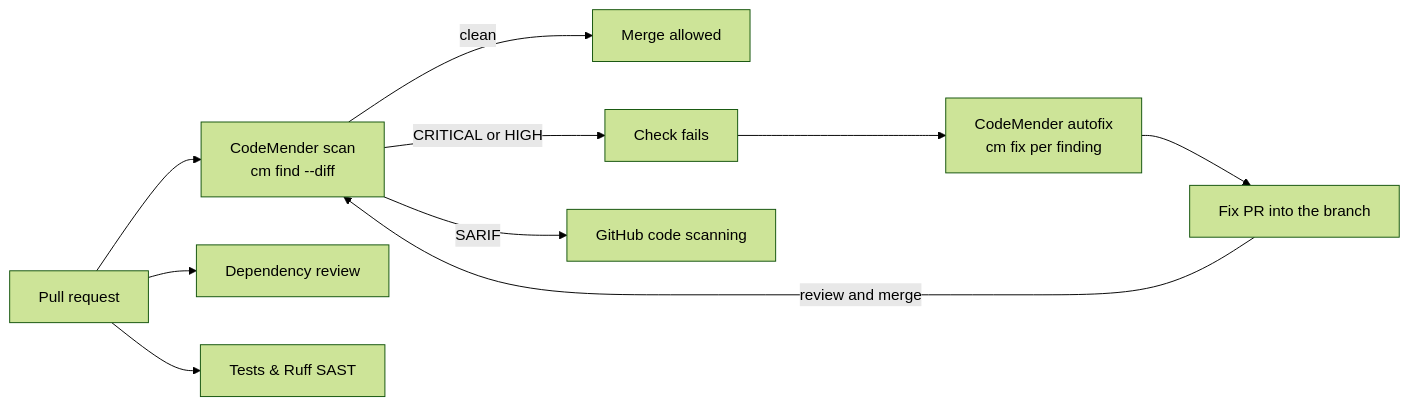
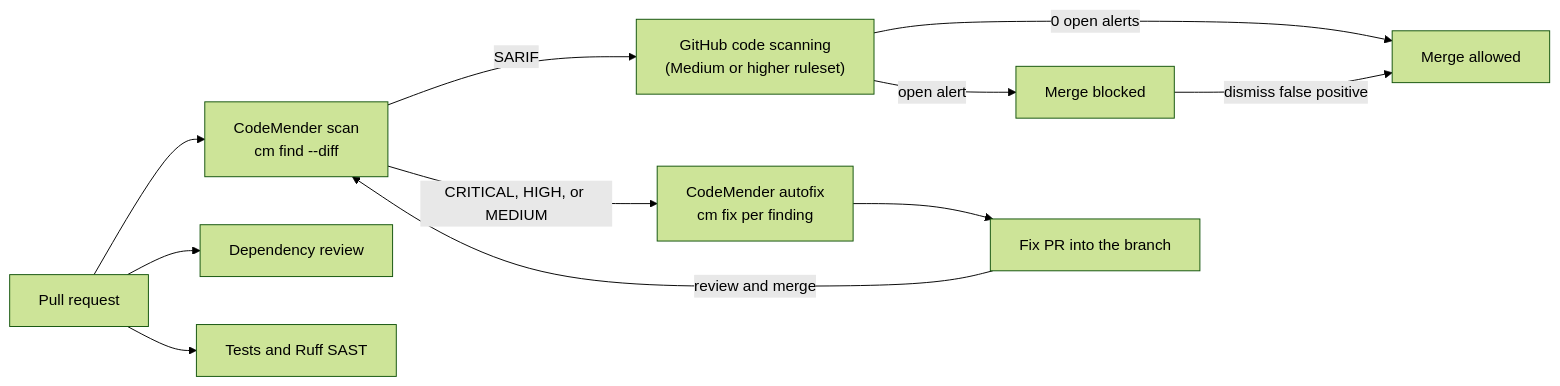
The second of 2 diagrams in README.md (eggboy/hardened-ci-demo), drawn with Mermaid (forest theme) before and after one commit. The commit also changed other lines of this file and 1 other file, not shown here.

Commit message:
Delegate merge blocking to code scanning ruleset and pin codemender-action (#7)

````diff
--- a/README.md
+++ b/README.md
@@ -26,12 +28,13 @@
 ```mermaid
 flowchart LR
-    pr[Pull request] --> scan[CodeMender scan<br/>cm find --diff]
-    scan -->|clean| ok[Merge allowed]
-    scan -->|CRITICAL or HIGH| fail[Check fails]
-    fail --> fix[CodeMender autofix<br/>cm fix per finding]
+    pr[Pull request] --> scan["CodeMender scan<br/>cm find --diff"]
+    scan -->|SARIF| cs["GitHub code scanning<br/>(Medium or higher ruleset)"]
+    cs -->|0 open alerts| ok[Merge allowed]
+    cs -->|open alert| block[Merge blocked]
+    block -->|dismiss false positive| ok
+    scan -->|CRITICAL, HIGH, or MEDIUM| fix["CodeMender autofix<br/>cm fix per finding"]
     fix --> fixpr[Fix PR into the branch]
     fixpr -->|review and merge| scan
-    scan -->|SARIF| cs[GitHub code scanning]
     pr --> dr[Dependency review]
-    pr --> tests[Tests & Ruff SAST]
+    pr --> tests[Tests and Ruff SAST]
 ```
````
